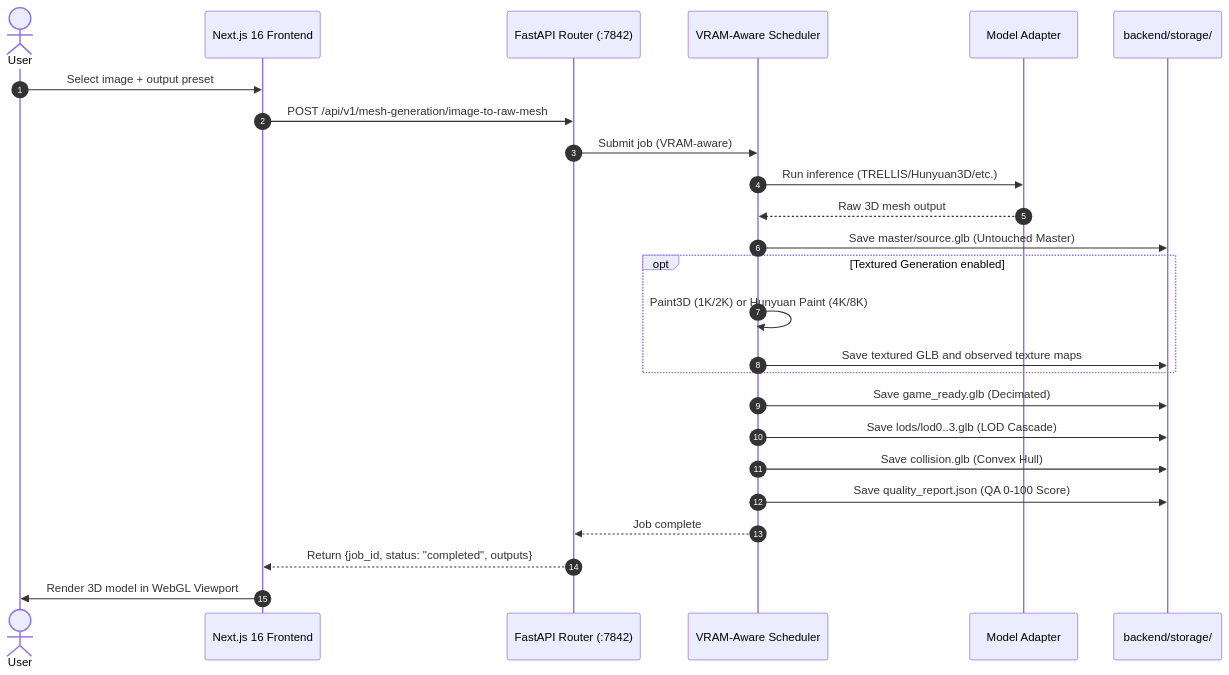
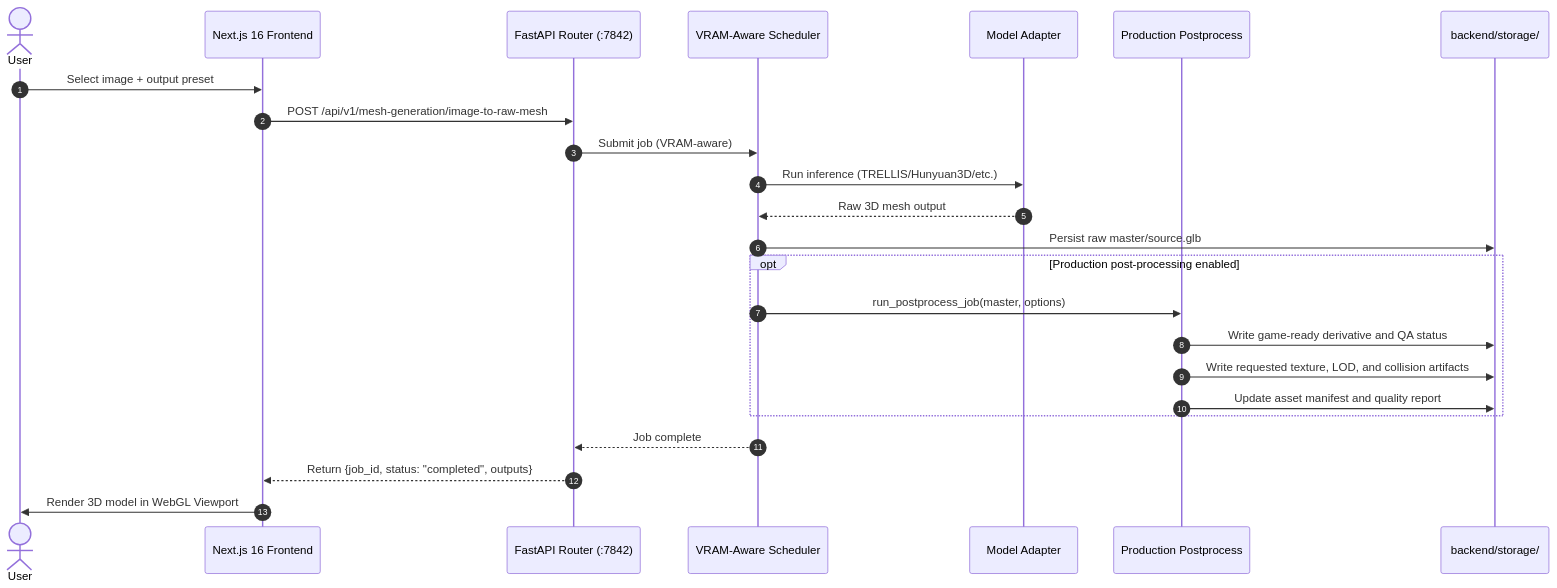
The second of 3 diagrams in Docs/PRD.md (Silentzx2/ForMash3D), drawn with Mermaid before and after one commit. The commit also changed other lines of this file and 31 other files, not shown here.

Commit message:
fix: complete generation and post-process audit

````diff
--- a/Docs/PRD.md
+++ b/Docs/PRD.md
@@ -206,28 +206,27 @@
 ```mermaid
 sequenceDiagram
     autonumber
     actor User
     participant Frontend as Next.js 16 Frontend
     participant API as FastAPI Router (:7842)
     participant SCHED as VRAM-Aware Scheduler
     participant Adapter as Model Adapter
+    participant PP as Production Postprocess
     participant Storage as backend/storage/
 
     User->>Frontend: Select image + output preset
     Frontend->>API: POST /api/v1/mesh-generation/image-to-raw-mesh
     API->>SCHED: Submit job (VRAM-aware)
     SCHED->>Adapter: Run inference (TRELLIS/Hunyuan3D/etc.)
     Adapter-->>SCHED: Raw 3D mesh output
-    SCHED->>Storage: Save master/source.glb (Untouched Master)
-    opt Textured Generation enabled
-        SCHED->>SCHED: Paint3D (1K/2K) or Hunyuan Paint (4K/8K)
-        SCHED->>Storage: Save textured GLB and observed texture maps
+    SCHED->>Storage: Persist raw master/source.glb
+    opt Production post-processing enabled
+        SCHED->>PP: run_postprocess_job(master, options)
+        PP->>Storage: Write game-ready derivative and QA status
+        PP->>Storage: Write requested texture, LOD, and collision artifacts
+        PP->>Storage: Update asset manifest and quality report
     end
-    SCHED->>Storage: Save game_ready.glb (Decimated)
-    SCHED->>Storage: Save lods/lod0..3.glb (LOD Cascade)
-    SCHED->>Storage: Save collision.glb (Convex Hull)
-    SCHED->>Storage: Save quality_report.json (QA 0-100 Score)
     SCHED-->>API: Job complete
     API-->>Frontend: Return {job_id, status: "completed", outputs}
     Frontend->>User: Render 3D model in WebGL Viewport
 ```
````
